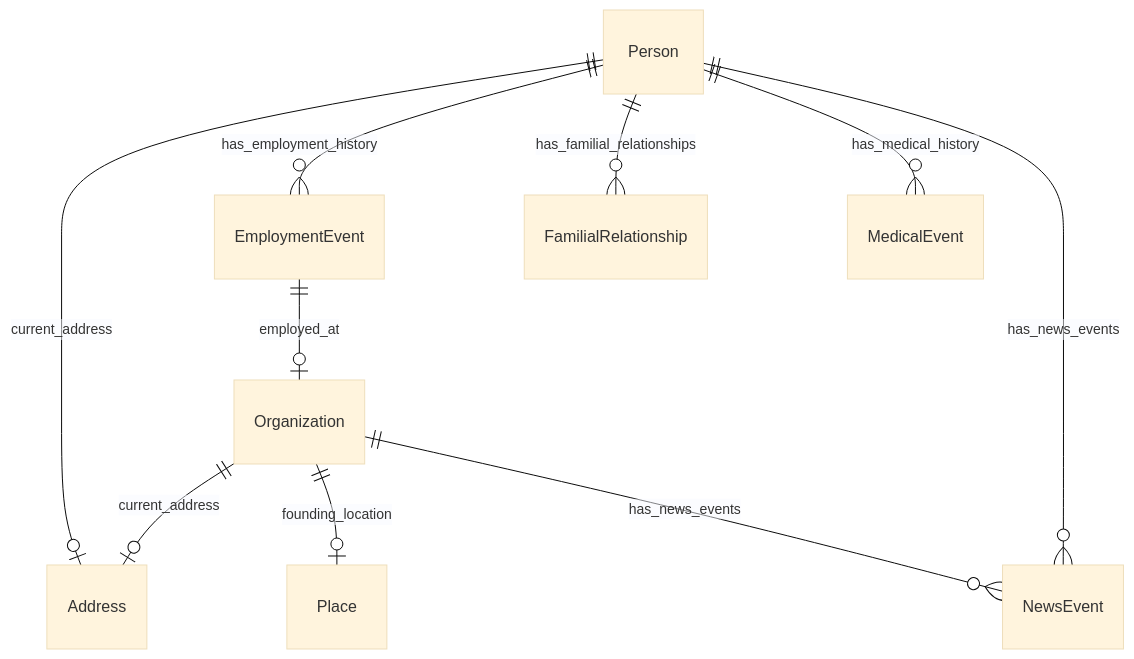
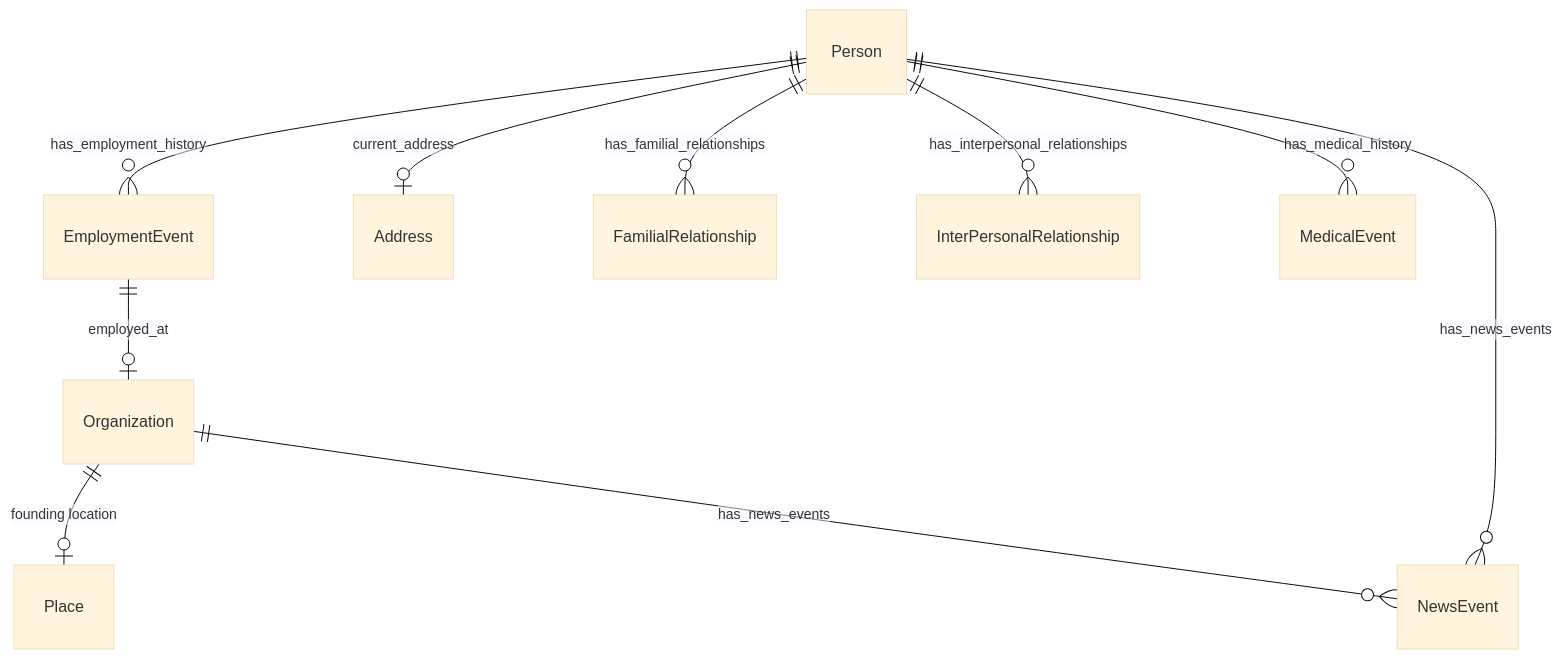
Before and after one commit to linkml/linkml: the seventh of 23 diagrams in tests/linkml/test_generators/__snapshots__/personinfo.md, drawn with Mermaid (base theme). The commit also changed other lines of this file, not shown here.

````diff
--- a/tests/linkml/test_generators/__snapshots__/personinfo.md
+++ b/tests/linkml/test_generators/__snapshots__/personinfo.md
@@ -290,23 +327,23 @@
 ```mermaid
 erDiagram
 EmploymentEvent {
 
 }
 Organization {
 
 }
 Person {
 
 }
 
 EmploymentEvent ||--|o Organization : "employed_at"
-Organization ||--|o Address : "current_address"
-Organization ||--|o Place : "founding_location"
+Organization ||--|o Place : "founding location"
 Organization ||--}o NewsEvent : "has_news_events"
 Person ||--|o Address : "current_address"
 Person ||--}o EmploymentEvent : "has_employment_history"
 Person ||--}o FamilialRelationship : "has_familial_relationships"
+Person ||--}o InterPersonalRelationship : "has_interpersonal_relationships"
 Person ||--}o MedicalEvent : "has_medical_history"
 Person ||--}o NewsEvent : "has_news_events"
 
 ```
````
